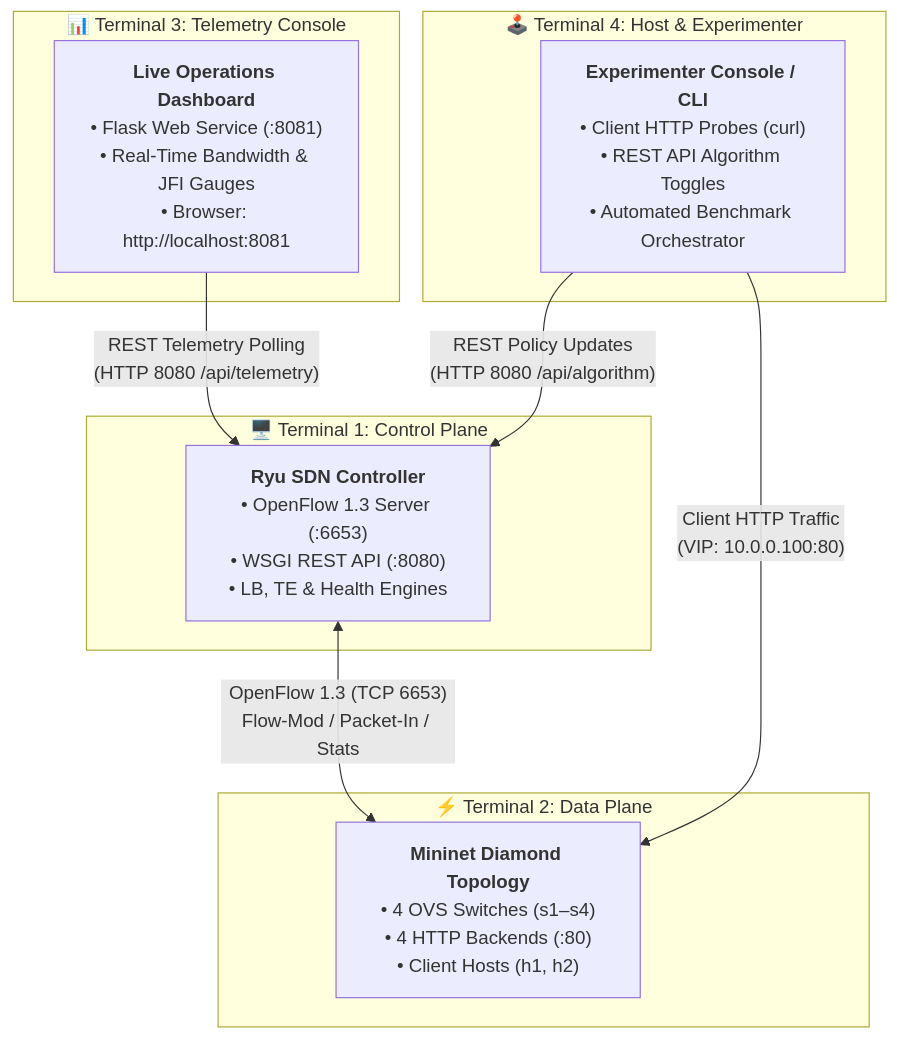
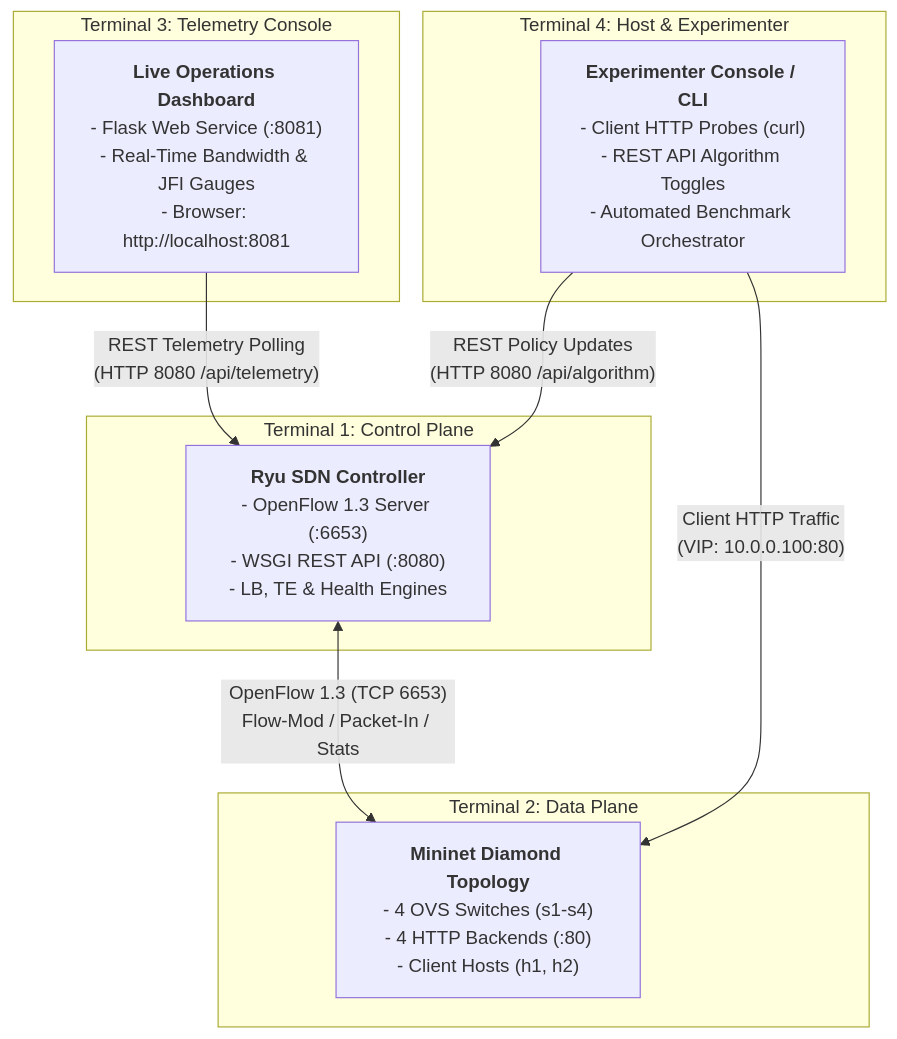
One commit to rhaffle87/sdn-project changed the third of 3 diagrams in README.md. Above: the diagram before and after it, drawn with Mermaid. The commit also changed other lines of this file, not shown here.

````diff
--- a/README.md
+++ b/README.md
@@ -522,23 +522,23 @@
 ```mermaid
 flowchart TD
-    subgraph T1_Box ["🖥️ Terminal 1: Control Plane"]
-        T1["<b>Ryu SDN Controller</b><br/>• OpenFlow 1.3 Server (:6653)<br/>• WSGI REST API (:8080)<br/>• LB, TE & Health Engines"]
+    subgraph T1_Box ["Terminal 1: Control Plane"]
+        T1["<b>Ryu SDN Controller</b><br/>- OpenFlow 1.3 Server (:6653)<br/>- WSGI REST API (:8080)<br/>- LB, TE & Health Engines"]
     end
 
-    subgraph T2_Box ["⚡ Terminal 2: Data Plane"]
-        T2["<b>Mininet Diamond Topology</b><br/>• 4 OVS Switches (s1–s4)<br/>• 4 HTTP Backends (:80)<br/>• Client Hosts (h1, h2)"]
+    subgraph T2_Box ["Terminal 2: Data Plane"]
+        T2["<b>Mininet Diamond Topology</b><br/>- 4 OVS Switches (s1-s4)<br/>- 4 HTTP Backends (:80)<br/>- Client Hosts (h1, h2)"]
     end
 
-    subgraph T3_Box ["📊 Terminal 3: Telemetry Console"]
-        T3["<b>Live Operations Dashboard</b><br/>• Flask Web Service (:8081)<br/>• Real-Time Bandwidth & JFI Gauges<br/>• Browser: http://localhost:8081"]
+    subgraph T3_Box ["Terminal 3: Telemetry Console"]
+        T3["<b>Live Operations Dashboard</b><br/>- Flask Web Service (:8081)<br/>- Real-Time Bandwidth & JFI Gauges<br/>- Browser: http://localhost:8081"]
     end
 
-    subgraph T4_Box ["🕹️ Terminal 4: Host & Experimenter"]
-        T4["<b>Experimenter Console / CLI</b><br/>• Client HTTP Probes (curl)<br/>• REST API Algorithm Toggles<br/>• Automated Benchmark Orchestrator"]
+    subgraph T4_Box ["Terminal 4: Host & Experimenter"]
+        T4["<b>Experimenter Console / CLI</b><br/>- Client HTTP Probes (curl)<br/>- REST API Algorithm Toggles<br/>- Automated Benchmark Orchestrator"]
     end
 
     T1 <-->|"OpenFlow 1.3 (TCP 6653)<br/>Flow-Mod / Packet-In / Stats"| T2
     T3 -->|"REST Telemetry Polling<br/>(HTTP 8080 /api/telemetry)"| T1
     T4 -->|"REST Policy Updates<br/>(HTTP 8080 /api/algorithm)"| T1
     T4 -->|"Client HTTP Traffic<br/>(VIP: 10.0.0.100:80)"| T2
 ```
````
